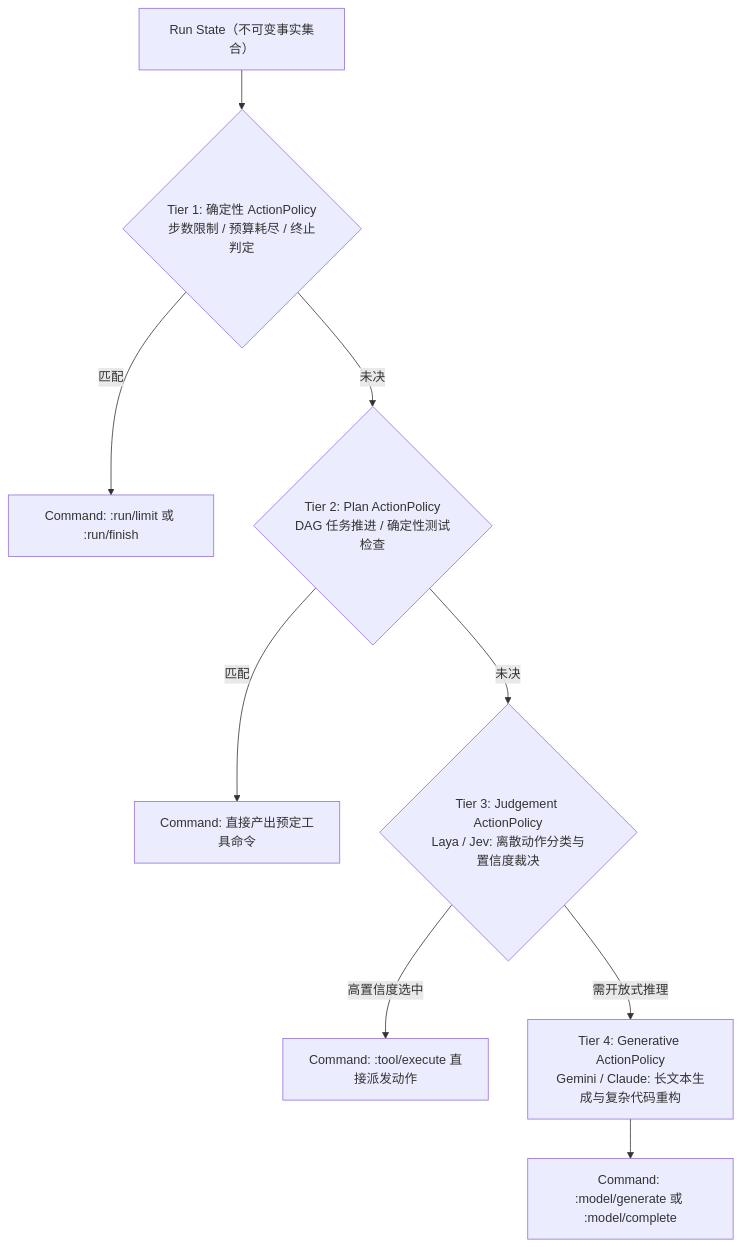
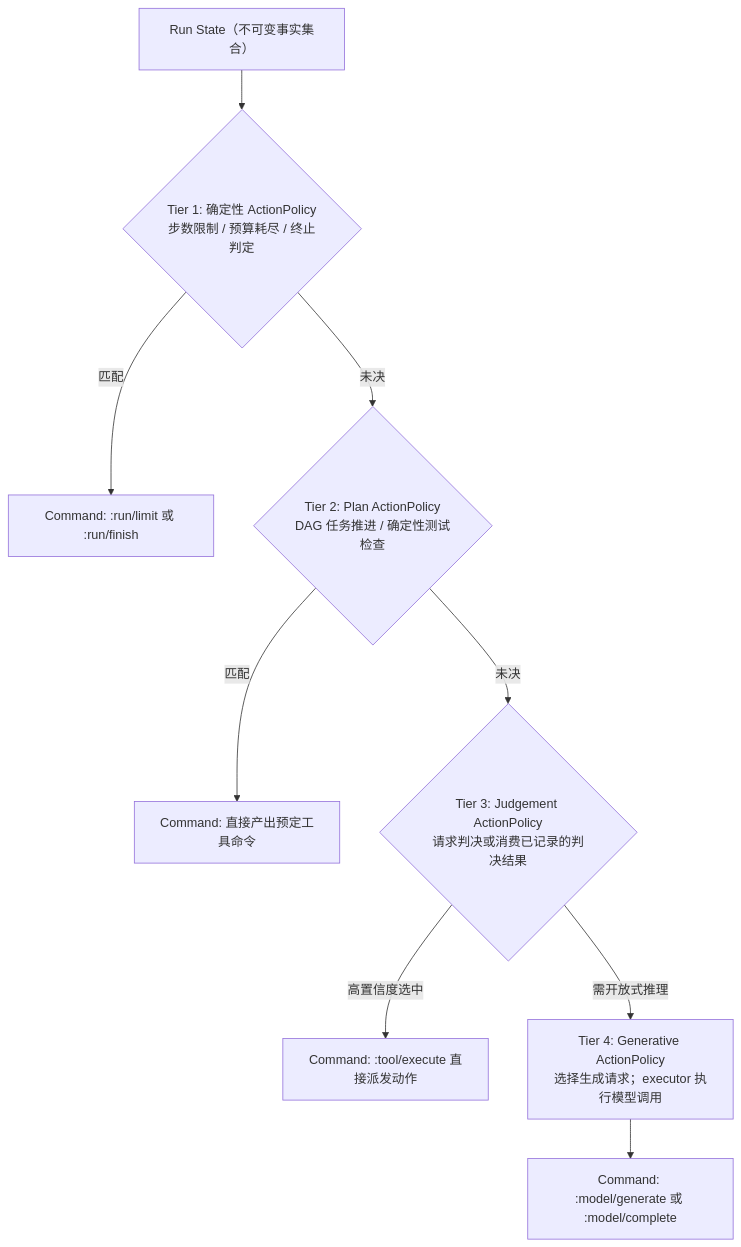
The first of 2 diagrams in plan/policy-decision-and-recursive-agent-refactor.zh.md (brainocean/botashka), drawn with Mermaid before and after one commit. The commit also changed other lines of this file and 5 other files, not shown here.

Commit message:
feat(agent): implement Phase 1 ActionPolicy cutover, direct tool execution, and authorization gating

````diff
--- a/plan/policy-decision-and-recursive-agent-refactor.zh.md
+++ b/plan/policy-decision-and-recursive-agent-refactor.zh.md
@@ -33,15 +29,15 @@
 ```mermaid
 flowchart TD
     State["Run State（不可变事实集合）"] --> P1{"Tier 1: 确定性 ActionPolicy<br/>步数限制 / 预算耗尽 / 终止判定"}
     
     P1 -->|匹配| C1["Command: :run/limit 或 :run/finish"]
     P1 -->|未决| P2{"Tier 2: Plan ActionPolicy<br/>DAG 任务推进 / 确定性测试检查"}
     
     P2 -->|匹配| C2["Command: 直接产出预定工具命令"]
-    P2 -->|未决| P3{"Tier 3: Judgement ActionPolicy<br/>Laya / Jev: 离散动作分类与置信度裁决"}
+    P2 -->|未决| P3{"Tier 3: Judgement ActionPolicy<br/>请求判决或消费已记录的判决结果"}
     
     P3 -->|高置信度选中| C3["Command: :tool/execute 直接派发动作"]
-    P3 -->|需开放式推理| P4["Tier 4: Generative ActionPolicy<br/>Gemini / Claude: 长文本生成与复杂代码重构"]
+    P3 -->|需开放式推理| P4["Tier 4: Generative ActionPolicy<br/>选择生成请求；executor 执行模型调用"]
     
     P4 --> C4["Command: :model/generate 或 :model/complete"]
 ```
````
